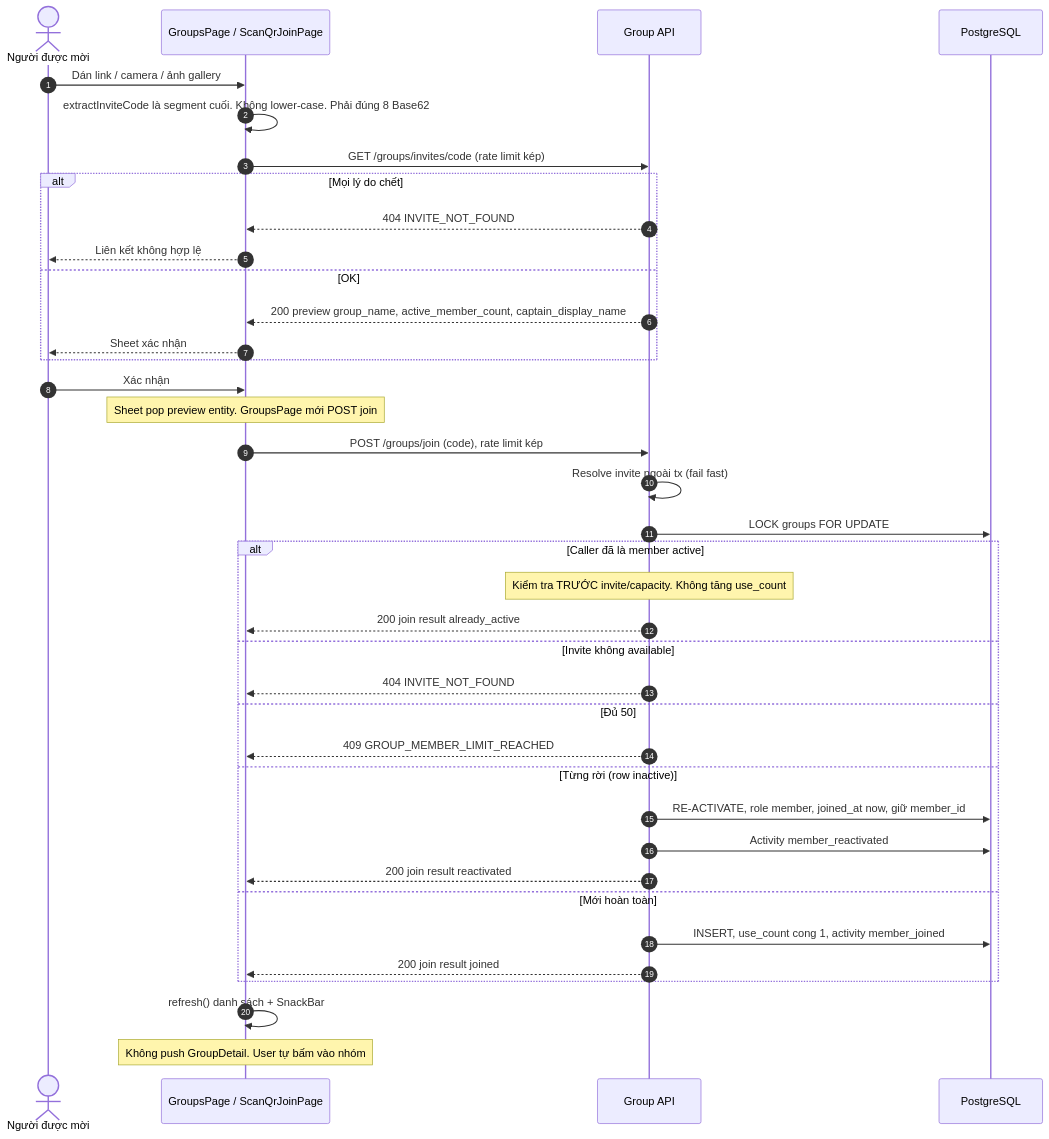
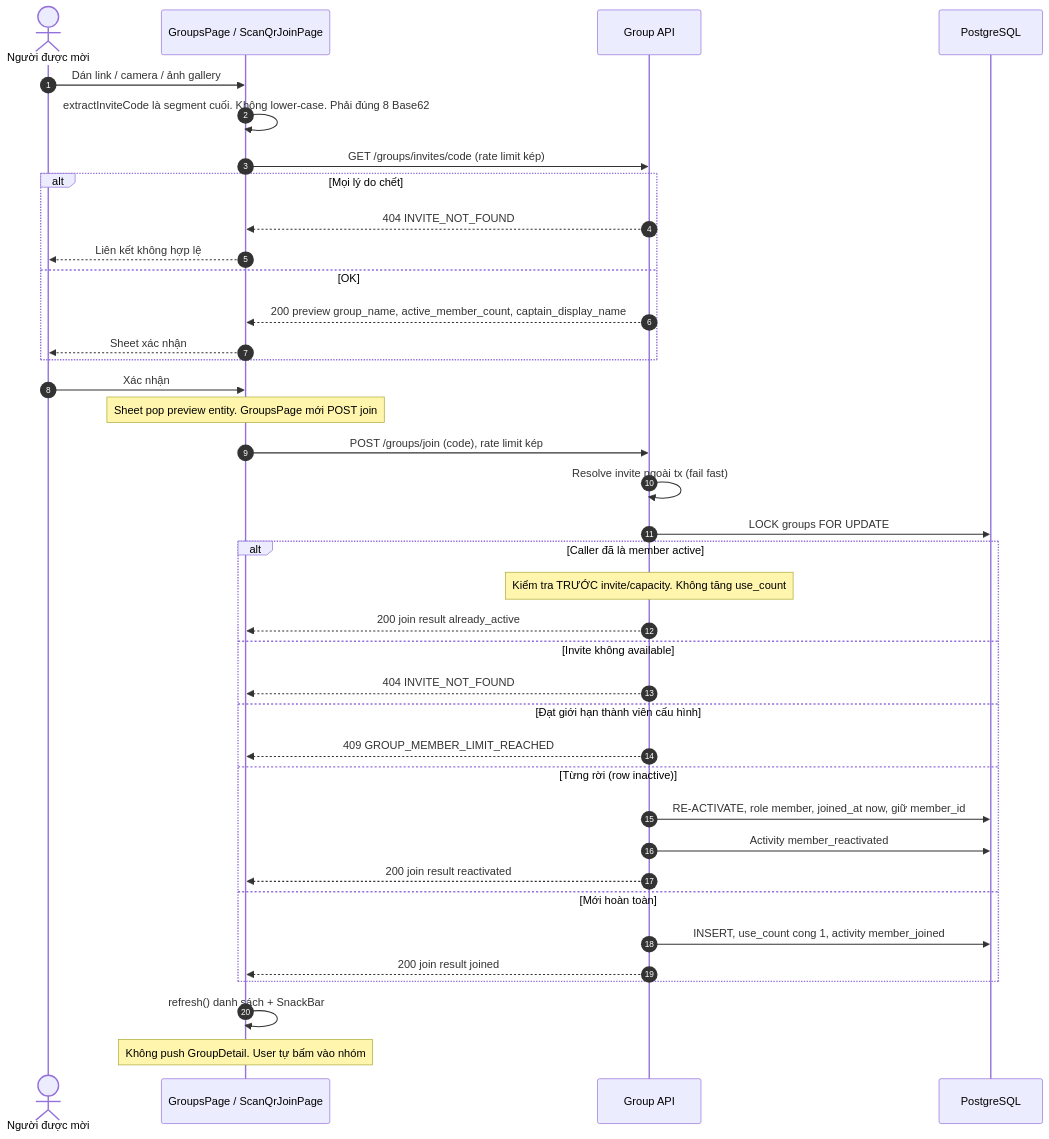
Before and after one commit to FintechVSF-Tranning/PaySplit-RP: the second of 7 diagrams in flow/02-group.md, drawn with Mermaid. The commit also changed other lines of this file and 11 other files, not shown here.

First line of the commit message:
docs: Update flow documentation and reports for synchronization on 06/09/2026

````diff
--- a/flow/02-group.md
+++ b/flow/02-group.md
@@ -140,41 +144,41 @@
 ```mermaid
 sequenceDiagram
     autonumber
     actor U as Người được mời
     participant FE as GroupsPage / ScanQrJoinPage
     participant BE as Group API
     participant DB as PostgreSQL
 
     U->>FE: Dán link / camera / ảnh gallery
     FE->>FE: extractInviteCode là segment cuối. Không lower-case. Phải đúng 8 Base62
     FE->>BE: GET /groups/invites/code (rate limit kép)
     alt Mọi lý do chết
         BE-->>FE: 404 INVITE_NOT_FOUND
         FE-->>U: Liên kết không hợp lệ
     else OK
         BE-->>FE: 200 preview group_name, active_member_count, captain_display_name
         FE-->>U: Sheet xác nhận
     end
     U->>FE: Xác nhận
     Note over FE: Sheet pop preview entity. GroupsPage mới POST join
     FE->>BE: POST /groups/join (code), rate limit kép
     BE->>BE: Resolve invite ngoài tx (fail fast)
     BE->>DB: LOCK groups FOR UPDATE
     alt Caller đã là member active
         Note over BE: Kiểm tra TRƯỚC invite/capacity. Không tăng use_count
         BE-->>FE: 200 join result already_active
     else Invite không available
         BE-->>FE: 404 INVITE_NOT_FOUND
-    else Đủ 50
+    else Đạt giới hạn thành viên cấu hình
         BE-->>FE: 409 GROUP_MEMBER_LIMIT_REACHED
     else Từng rời (row inactive)
         BE->>DB: RE-ACTIVATE, role member, joined_at now, giữ member_id
         BE->>DB: Activity member_reactivated
         BE-->>FE: 200 join result reactivated
     else Mới hoàn toàn
         BE->>DB: INSERT, use_count cong 1, activity member_joined
         BE-->>FE: 200 join result joined
     end
     FE->>FE: refresh() danh sách + SnackBar
     Note over FE: Không push GroupDetail. User tự bấm vào nhóm
 ```
````
